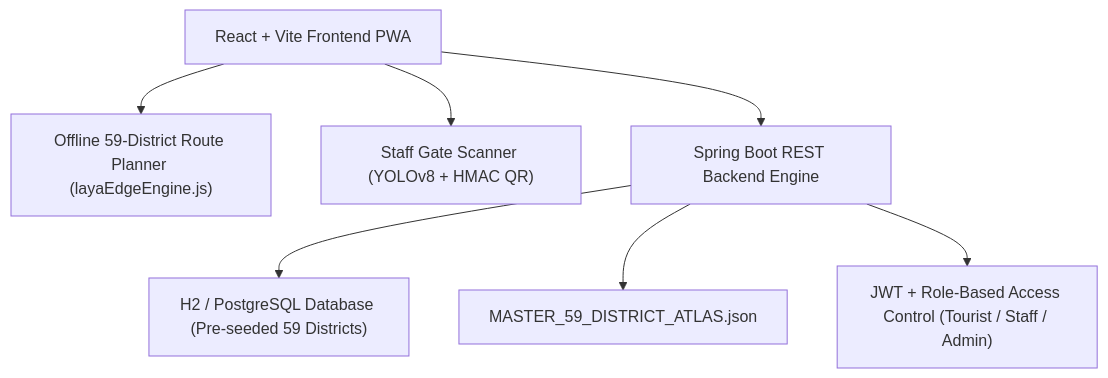
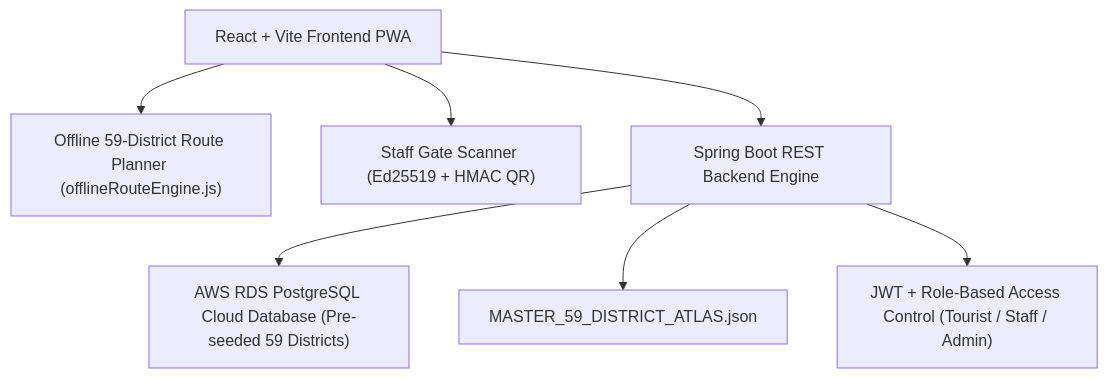
Before and after one commit to jagruthv/Globetrotters-Gateway: the diagram in README.md, drawn with Mermaid. The commit also changed other lines of this file and 11 other files, not shown here.

Commit message:
refactor: switch database to cloud rds and standardize offline engine

````diff
--- a/README.md
+++ b/README.md
@@ -10,9 +10,9 @@
 ```mermaid
 graph TD
-    Client["React + Vite Frontend PWA"] --> OfflineEngine["Offline 59-District Route Planner (layaEdgeEngine.js)"]
-    Client --> Scanner["Staff Gate Scanner (YOLOv8 + HMAC QR)"]
+    Client["React + Vite Frontend PWA"] --> OfflineEngine["Offline 59-District Route Planner (offlineRouteEngine.js)"]
+    Client --> Scanner["Staff Gate Scanner (Ed25519 + HMAC QR)"]
     Client --> API["Spring Boot REST Backend Engine"]
-    API --> H2DB["H2 / PostgreSQL Database (Pre-seeded 59 Districts)"]
+    API --> CloudDB["AWS RDS PostgreSQL Cloud Database (Pre-seeded 59 Districts)"]
     API --> MasterAtlas["MASTER_59_DISTRICT_ATLAS.json"]
     API --> Security["JWT + Role-Based Access Control (Tourist / Staff / Admin)"]
 ```
````
